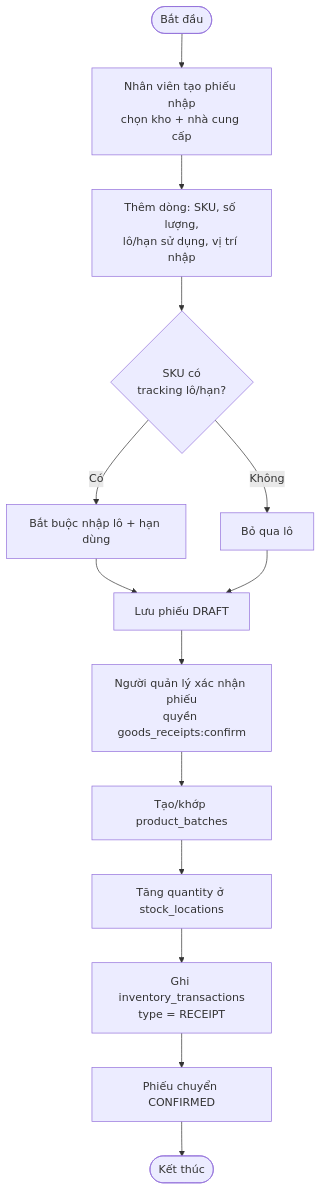
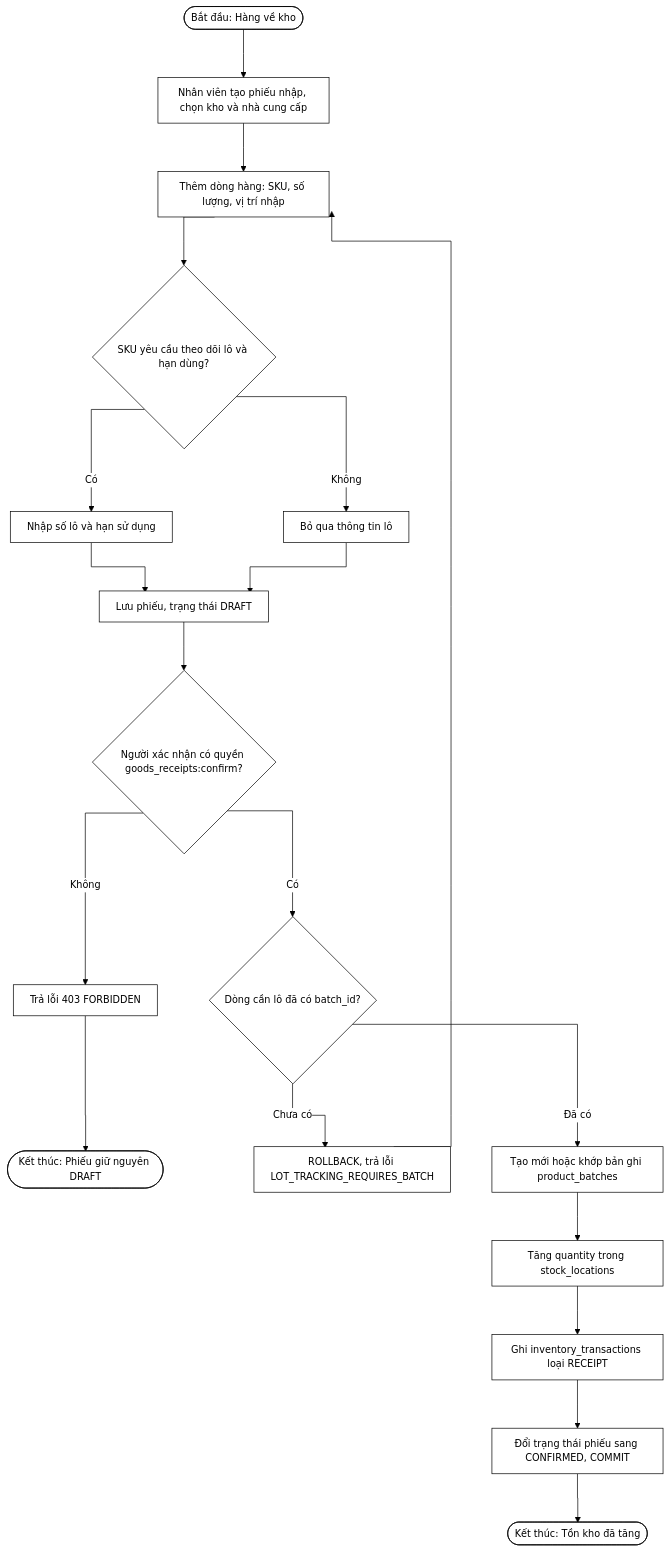
One commit to nguyenthihongnhu-dotcom/luanvan2026 changed the second of 54 diagrams in THIET_KE_HE_THONG.md. Above: the diagram before and after it, drawn with Mermaid. The commit also changed other lines of this file and 170 other files, not shown here.

````diff
--- a/THIET_KE_HE_THONG.md
+++ b/THIET_KE_HE_THONG.md
@@ -58,16 +87,44 @@
 ```mermaid
+%%{init: {
+  'theme': 'base',
+  'themeVariables': {
+    'primaryColor': '#ffffff',
+    'primaryBorderColor': '#000000',
+    'primaryTextColor': '#000000',
+    'secondaryColor': '#ffffff',
+    'secondaryBorderColor': '#000000',
+    'secondaryTextColor': '#000000',
+    'tertiaryColor': '#ffffff',
+    'tertiaryBorderColor': '#000000',
+    'tertiaryTextColor': '#000000',
+    'lineColor': '#000000',
+    'textColor': '#000000',
+    'mainBkg': '#ffffff',
+    'nodeBorder': '#000000',
+    'clusterBkg': '#ffffff',
+    'clusterBorder': '#000000',
+    'edgeLabelBackground': '#ffffff',
+    'fontSize': '14px'
+  },
+  'flowchart': { 'curve': 'stepAfter', 'nodeSpacing': 60, 'rankSpacing': 70, 'padding': 12, 'useMaxWidth': false }
+}}%%
 flowchart TD
-    Start([Bắt đầu]) --> S1[Nhân viên tạo phiếu nhập<br/>chọn kho + nhà cung cấp]
-    S1 --> S2[Thêm dòng: SKU, số lượng,<br/>lô/hạn sử dụng, vị trí nhập]
-    S2 --> S3{SKU có<br/>tracking lô/hạn?}
-    S3 -- Có --> S4[Bắt buộc nhập lô + hạn dùng]
-    S3 -- Không --> S5[Bỏ qua lô]
-    S4 --> S6[Lưu phiếu DRAFT]
+    Start(["Bắt đầu: Hàng về kho"]) --> S1["Nhân viên tạo phiếu nhập, chọn kho và nhà cung cấp"]
+    S1 --> S2["Thêm dòng hàng: SKU, số lượng, vị trí nhập"]
+    S2 --> S3{"SKU yêu cầu theo dõi lô và hạn dùng?"}
+    S3 -->|Có| S4["Nhập số lô và hạn sử dụng"]
+    S3 -->|Không| S5["Bỏ qua thông tin lô"]
+    S4 --> S6["Lưu phiếu, trạng thái DRAFT"]
     S5 --> S6
-    S6 --> S7[Người quản lý xác nhận phiếu<br/>quyền goods_receipts:confirm]
-    S7 --> S8[Tạo/khớp product_batches]
-    S8 --> S9[Tăng quantity ở stock_locations]
-    S9 --> S10[Ghi inventory_transactions<br/>type = RECEIPT]
-    S10 --> S11[Phiếu chuyển CONFIRMED]
-    S11 --> End([Kết thúc])
+    S6 --> S7{"Người xác nhận có quyền goods_receipts:confirm?"}
+    S7 -->|Không| S8["Trả lỗi 403 FORBIDDEN"]
+    S8 --> End1(["Kết thúc: Phiếu giữ nguyên DRAFT"])
+    S7 -->|Có| S9{"Dòng cần lô đã có batch_id?"}
+    S9 -->|Chưa có| S10["ROLLBACK, trả lỗi LOT_TRACKING_REQUIRES_BATCH"]
+    S10 --> S2
+    S9 -->|Đã có| S11["Tạo mới hoặc khớp bản ghi product_batches"]
+    S11 --> S12["Tăng quantity trong stock_locations"]
+    S12 --> S13["Ghi inventory_transactions loại RECEIPT"]
+    S13 --> S14["Đổi trạng thái phiếu sang CONFIRMED, COMMIT"]
+    S14 --> End2(["Kết thúc: Tồn kho đã tăng"])
 ```
````
